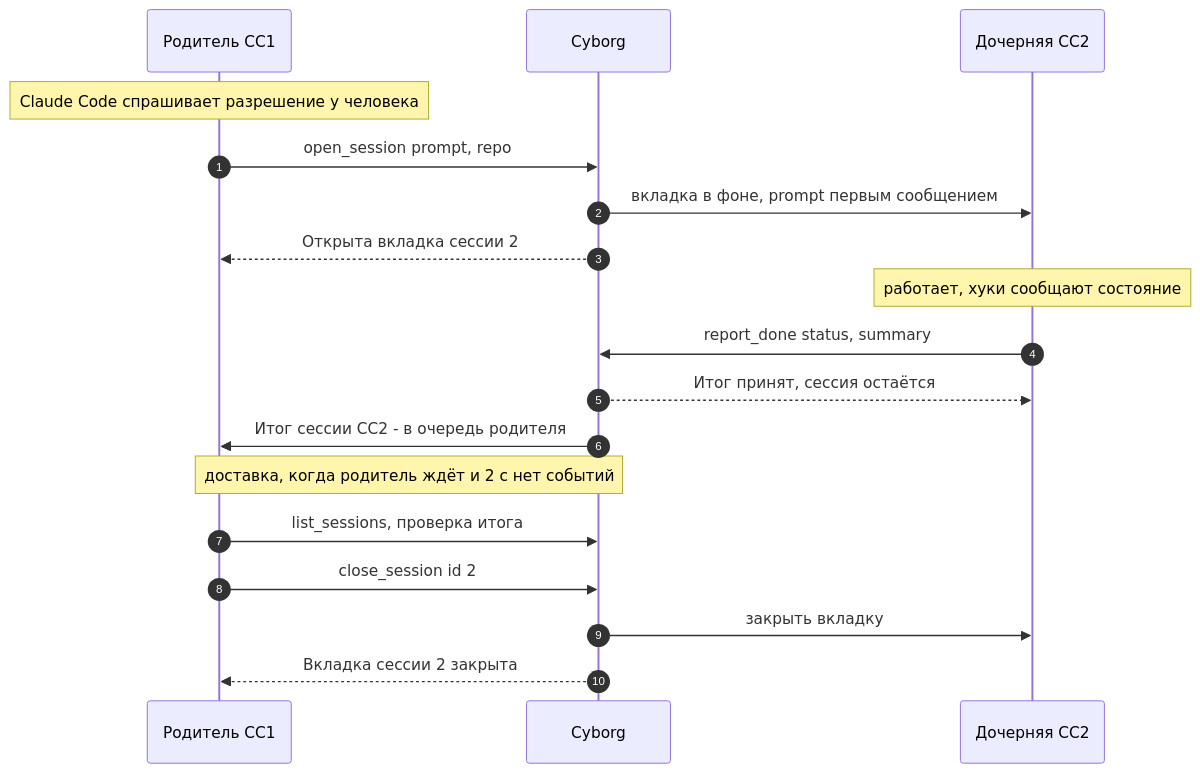
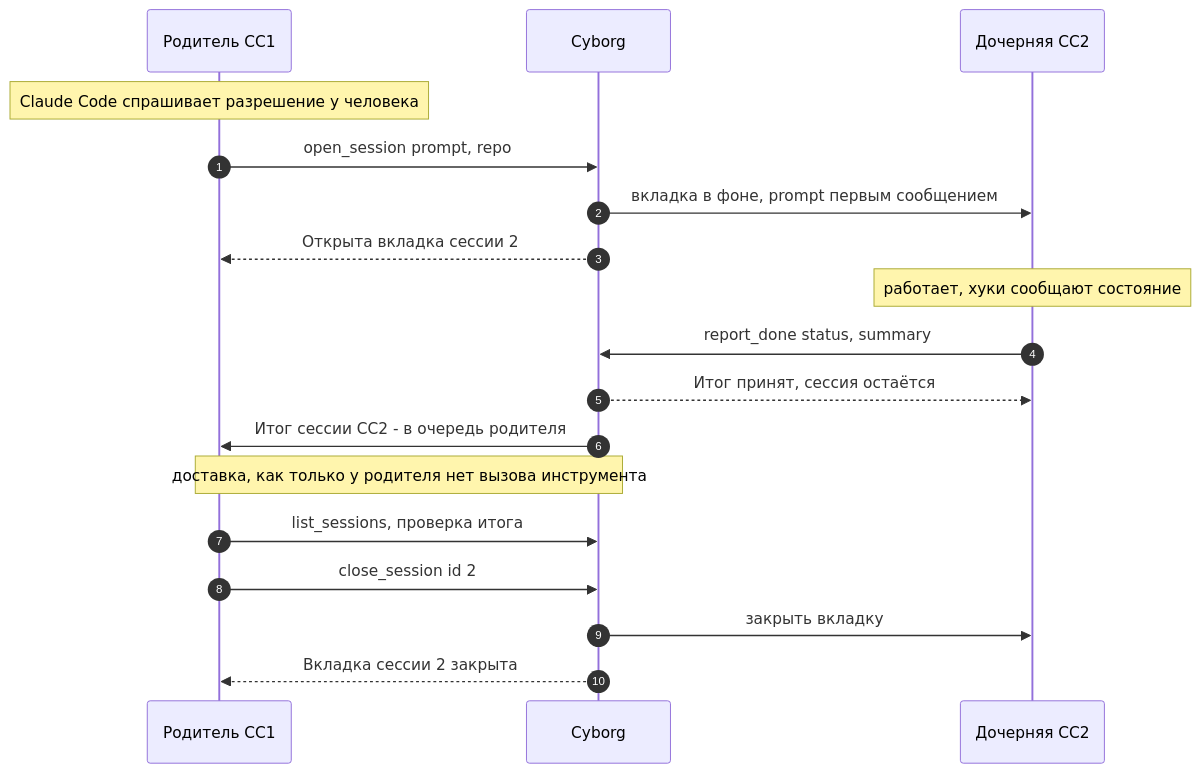
The first of 3 diagrams in docs/guide/features/delegation.md (dex-it/ai-cyborg), drawn with Mermaid before and after one commit. The commit also changed other lines of this file and 12 other files, not shown here.

Commit message:
Сообщение другой сессии доходит посреди хода: Cyborg пишет в работающую сессию вне вызова инструмента

````diff
--- a/docs/guide/features/delegation.md
+++ b/docs/guide/features/delegation.md
@@ -28,24 +28,24 @@
 ```mermaid
 sequenceDiagram
   accTitle: Жизненный цикл дочерней сессии
-  accDescr: Родитель вызывает open_session, Cyborg открывает вкладку в фоне и передаёт дочерней задание. Дочерняя работает и вызывает report_done, Cyborg ставит итог в очередь родителя и доставляет его, когда тот ждёт. Родитель проверяет итог и закрывает дочернюю вызовом close_session.
+  accDescr: Родитель вызывает open_session, Cyborg открывает вкладку в фоне и передаёт дочерней задание. Дочерняя работает и вызывает report_done, Cyborg ставит итог в очередь родителя и доставляет его, как только тот не выполняет инструмент, в том числе посреди хода. Родитель проверяет итог и закрывает дочернюю вызовом close_session.
 
   autonumber
   participant P as Родитель CC1
   participant C as Cyborg
   participant K as Дочерняя CC2
 
   Note over P: Claude Code спрашивает разрешение у человека
   P->>C: open_session prompt, repo
   C->>K: вкладка в фоне, prompt первым сообщением
   C-->>P: Открыта вкладка сессии 2
   Note over K: работает, хуки сообщают состояние
   K->>C: report_done status, summary
   C-->>K: Итог принят, сессия остаётся
   C->>P: Итог сессии CC2 - в очередь родителя
-  Note over C,P: доставка, когда родитель ждёт и 2 с нет событий
+  Note over C,P: доставка, как только у родителя нет вызова инструмента
   P->>C: list_sessions, проверка итога
   P->>C: close_session id 2
   C->>K: закрыть вкладку
   C-->>P: Вкладка сессии 2 закрыта
 ```
````
